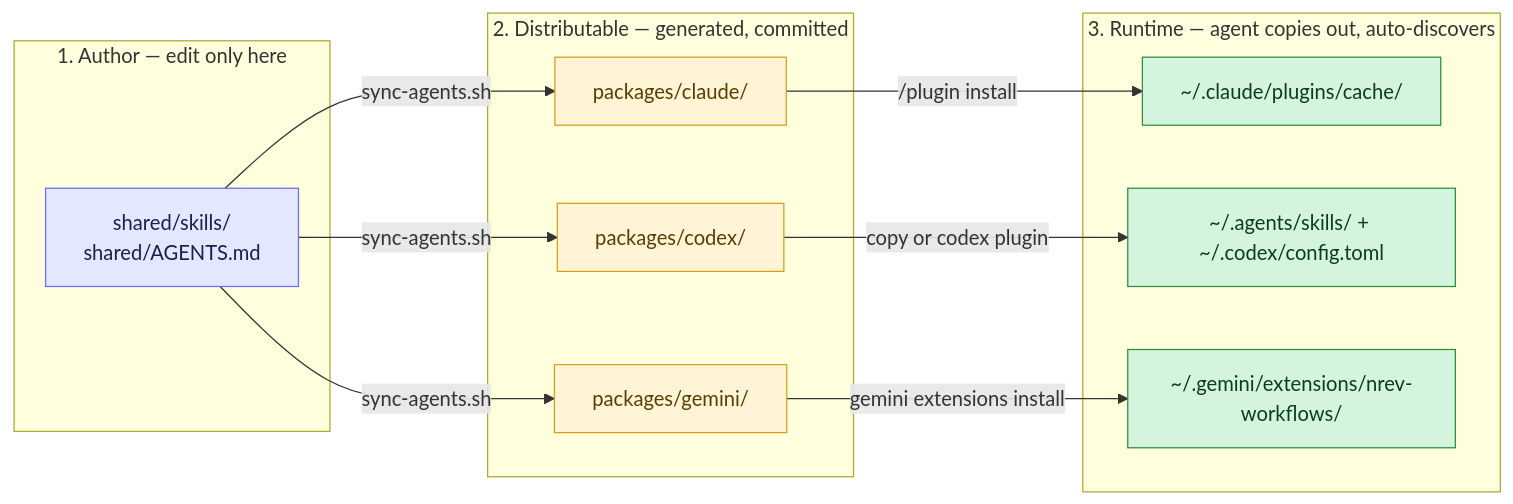
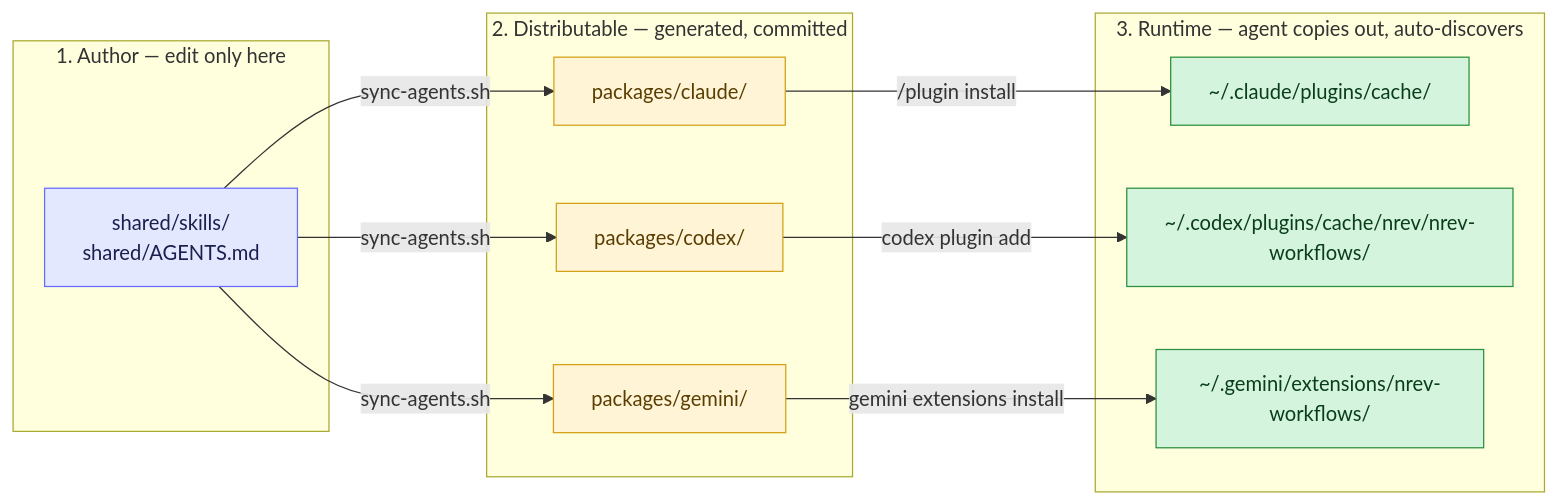
Before and after one commit to nurturev/nrev-mcp: the second of 2 diagrams in docs/multi-agent-packaging.md, drawn with Mermaid. The commit also changed other lines of this file and 9 other files, not shown here.

````diff
--- a/docs/multi-agent-packaging.md
+++ b/docs/multi-agent-packaging.md
@@ -82,28 +82,28 @@
 ```mermaid
 flowchart LR
     subgraph AUTHOR["1. Author — edit only here"]
         S["shared/skills/<br/>shared/AGENTS.md"]
     end
     subgraph DIST["2. Distributable — generated, committed"]
         PC["packages/claude/"]
         KC["packages/codex/"]
         KG["packages/gemini/"]
     end
     subgraph RUNTIME["3. Runtime — agent copies out, auto-discovers"]
         RC["~/.claude/plugins/cache/"]
-        RX["~/.agents/skills/ + ~/.codex/config.toml"]
+        RX["~/.codex/plugins/cache/nrev/nrev-workflows/"]
         RG["~/.gemini/extensions/nrev-workflows/"]
     end
     S -->|"sync-agents.sh"| PC
     S -->|"sync-agents.sh"| KC
     S -->|"sync-agents.sh"| KG
     PC -->|"/plugin install"| RC
-    KC -->|"copy or codex plugin"| RX
+    KC -->|"codex plugin add"| RX
     KG -->|"gemini extensions install"| RG
     classDef src fill:#e3e8ff,stroke:#666CFF,color:#1a1f4d
     classDef gen fill:#fff4d6,stroke:#d4a017,color:#5a3d00
     classDef run fill:#d4f4dd,stroke:#2d8f3f,color:#0a3d1a
     class S src
     class PC,KC,KG gen
     class RC,RX,RG run
 ```
````
